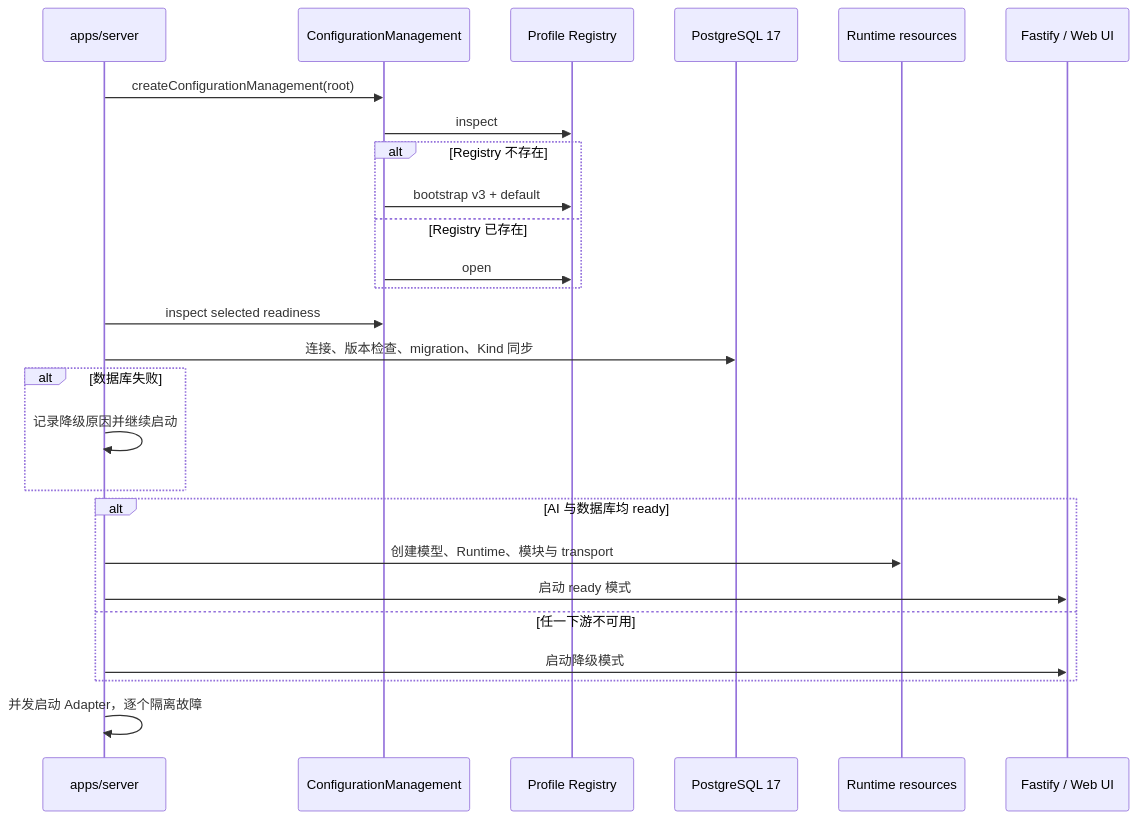
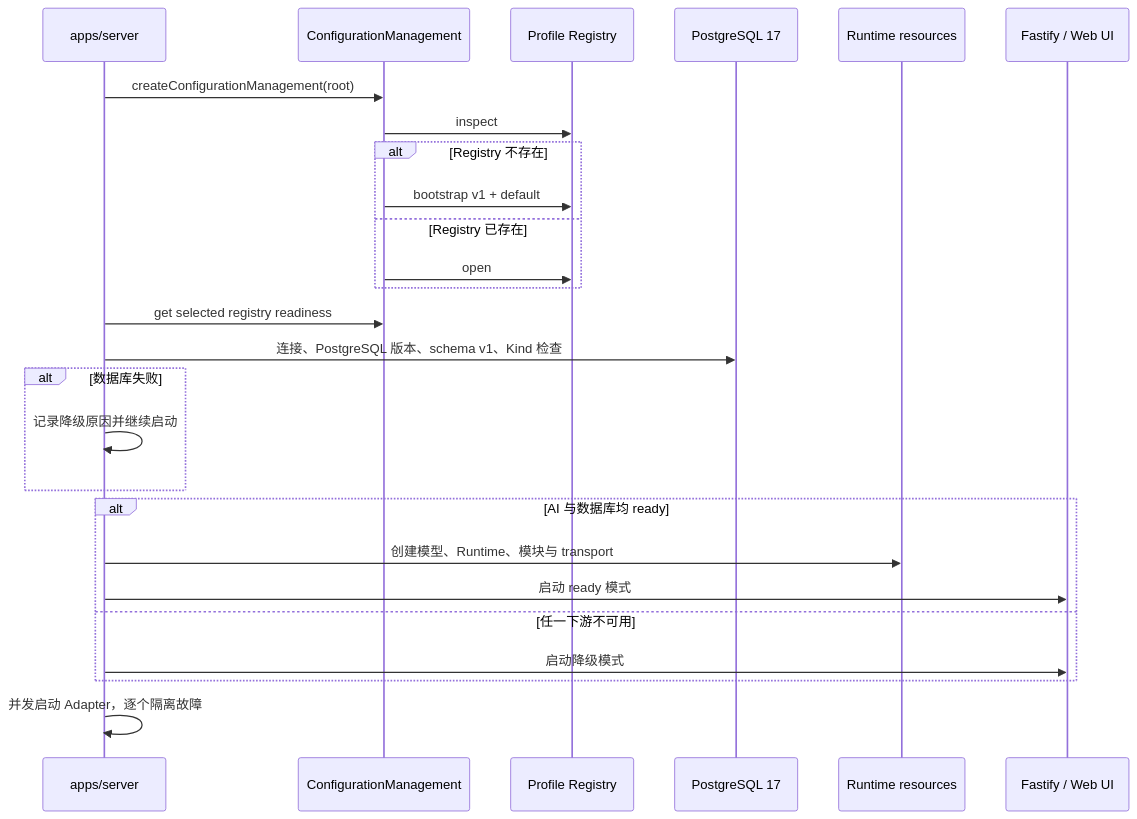
Before and after one commit to posanbu/Kaguya: the diagram in docs/developers/configuration-lifecycle.md, drawn with Mermaid. The commit also changed other lines of this file and 104 other files, not shown here.

````diff
--- a/docs/developers/configuration-lifecycle.md
+++ b/docs/developers/configuration-lifecycle.md
@@ -12,29 +12,29 @@
 ```mermaid
 sequenceDiagram
   participant S as apps/server
   participant C as ConfigurationManagement
   participant P as Profile Registry
   participant D as PostgreSQL 17
   participant R as Runtime resources
   participant H as Fastify / Web UI
 
   S->>C: createConfigurationManagement(root)
   C->>P: inspect
   alt Registry 不存在
-    C->>P: bootstrap v3 + default
+    C->>P: bootstrap v1 + default
   else Registry 已存在
     C->>P: open
   end
-  S->>C: inspect selected readiness
-  S->>D: 连接、版本检查、migration、Kind 同步
+  S->>C: get selected registry readiness
+  S->>D: 连接、PostgreSQL 版本、schema v1、Kind 检查
   alt 数据库失败
     S->>S: 记录降级原因并继续启动
   end
   alt AI 与数据库均 ready
     S->>R: 创建模型、Runtime、模块与 transport
     S->>H: 启动 ready 模式
   else 任一下游不可用
     S->>H: 启动降级模式
   end
   S->>S: 并发启动 Adapter，逐个隔离故障
 ```
````
